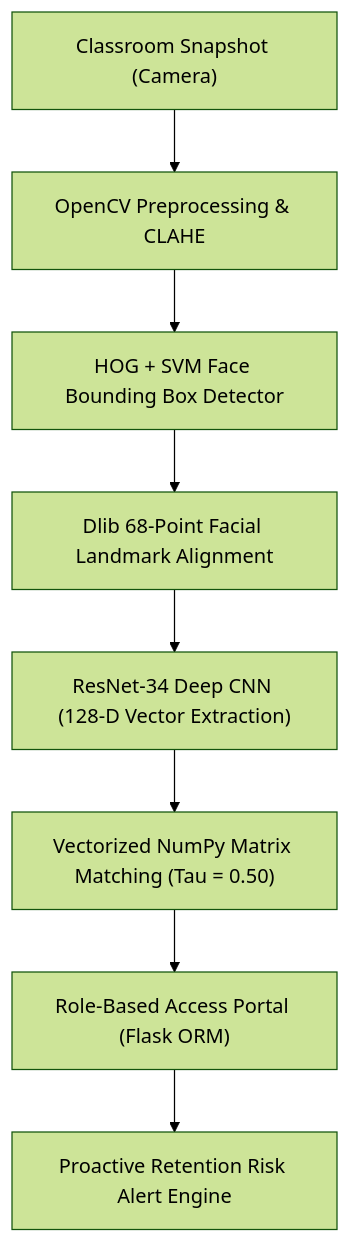
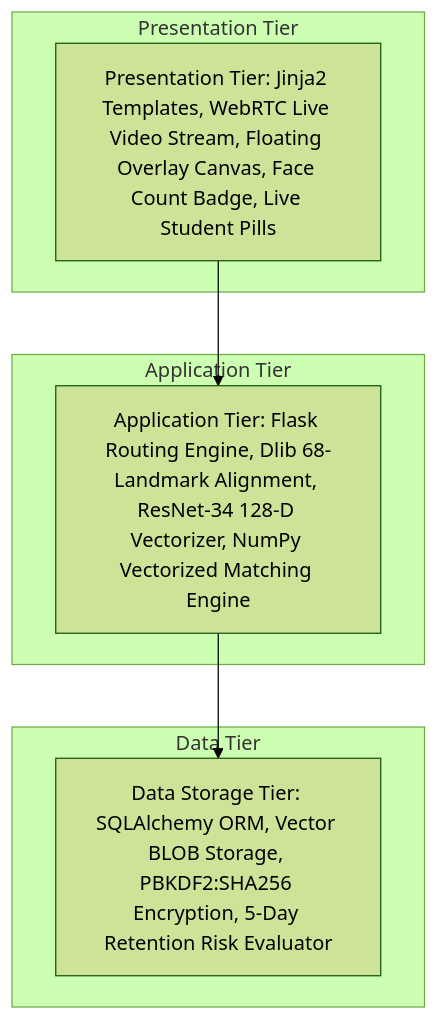
The diagram in RESEARCH_PAPER.md (shivamvishwakarma0000/smartVision_Attendance_Portal), drawn with Mermaid (forest theme) before and after one commit. The commit also changed other lines of this file and 1 other file, not shown here.

Commit message:
Update research paper and live camera specs

````diff
--- a/RESEARCH_PAPER.md
+++ b/RESEARCH_PAPER.md
@@ -46,10 +58,17 @@
 ```mermaid
 graph TD
-    A["Classroom Snapshot (Camera)"] --> B["OpenCV Preprocessing & CLAHE"]
-    B --> C["HOG + SVM Face Bounding Box Detector"]
-    C --> D["Dlib 68-Point Facial Landmark Alignment"]
-    D --> E["ResNet-34 Deep CNN (128-D Vector Extraction)"]
-    E --> F["Vectorized NumPy Matrix Matching (Tau = 0.50)"]
-    F --> G["Role-Based Access Portal (Flask ORM)"]
-    G --> H["Proactive Retention Risk Alert Engine"]
+    subgraph Presentation Tier
+        A1["Presentation Tier: Jinja2 Templates, WebRTC Live Video Stream, Floating Overlay Canvas, Face Count Badge, Live Student Pills"]
+    end
+
+    subgraph Application Tier
+        A2["Application Tier: Flask Routing Engine, Dlib 68-Landmark Alignment, ResNet-34 128-D Vectorizer, NumPy Vectorized Matching Engine"]
+    end
+
+    subgraph Data Tier
+        A3["Data Storage Tier: SQLAlchemy ORM, Vector BLOB Storage, PBKDF2:SHA256 Encryption, 5-Day Retention Risk Evaluator"]
+    end
+
+    A1 --> A2
+    A2 --> A3
 ```
````
